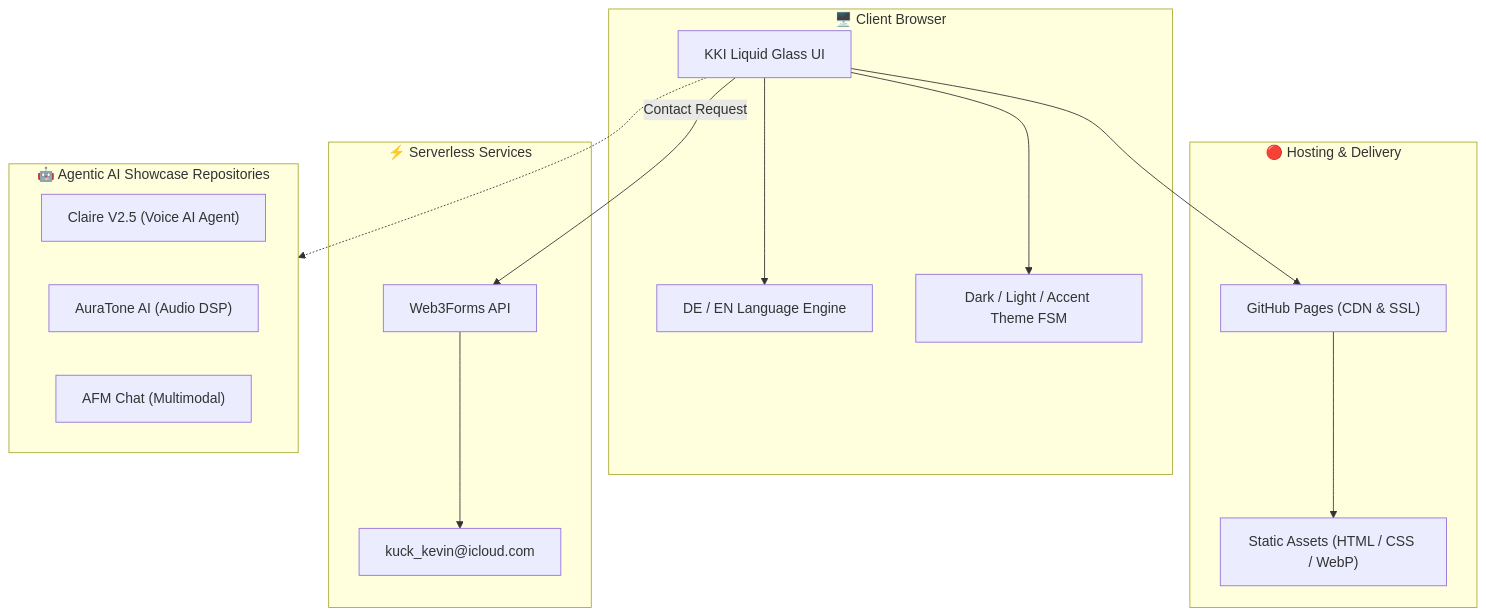
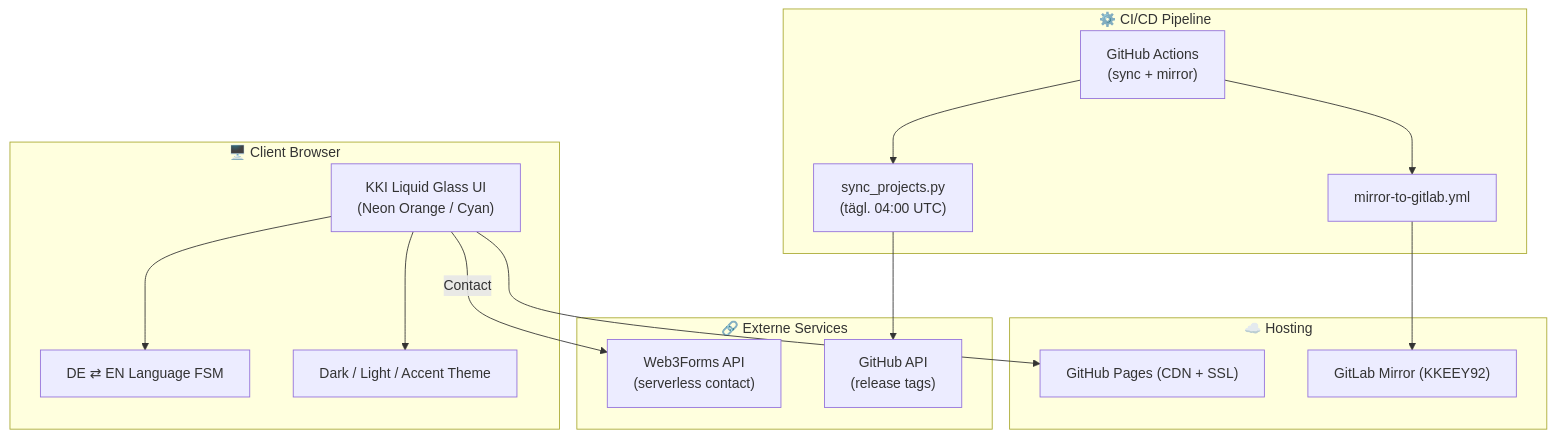
Before and after one commit to KKEEY92/CV_KKEEY: the diagram in README.md, drawn with Mermaid. The commit also changed other lines of this file, not shown here.

First line of the commit message:
docs(README): professional KKI-standard README with skill matrix, project showcase & freelance contact

````diff
--- a/README.md
+++ b/README.md
@@ -47,30 +85,30 @@
 ```mermaid
 graph TD
     subgraph Client["🖥️ Client Browser"]
-        UI["KKI Liquid Glass UI"]
-        LANG["DE / EN Language Engine"]
-        THEME["Dark / Light / Accent Theme FSM"]
-    end
-    
-    subgraph Host["🔴 Hosting & Delivery"]
-        GH["GitHub Pages (CDN & SSL)"]
-        ASSETS["Static Assets (HTML / CSS / WebP)"]
+        UI["KKI Liquid Glass UI\n(Neon Orange / Cyan)"]
+        LANG["DE ⇄ EN Language FSM"]
+        THEME["Dark / Light / Accent Theme"]
     end
 
-    subgraph Service["⚡ Serverless Services"]
-        W3F["Web3Forms API"]
-        MAIL["kuck_kevin@icloud.com"]
+    subgraph CI["⚙️ CI/CD Pipeline"]
+        GHA["GitHub Actions\n(sync + mirror)"]
+        SYNC["sync_projects.py\n(tägl. 04:00 UTC)"]
+        MIRROR["mirror-to-gitlab.yml"]
     end
 
-    subgraph Showcase["🤖 Agentic AI Showcase Repositories"]
-        CLAIRE["Claire V2.5 (Voice AI Agent)"]
-        AURA["AuraTone AI (Audio DSP)"]
-        AFM["AFM Chat (Multimodal)"]
+    subgraph Host["☁️ Hosting"]
+        GHP["GitHub Pages (CDN + SSL)"]
+        GL["GitLab Mirror (KKEEY92)"]
     end
 
-    UI --> GH
-    GH --> ASSETS
+    subgraph Ext["🔗 Externe Services"]
+        W3F["Web3Forms API\n(serverless contact)"]
+        GH_API["GitHub API\n(release tags)"]
+    end
+
+    UI --> GHP
+    GHA --> SYNC --> GH_API
+    GHA --> MIRROR --> GL
     UI --> LANG & THEME
-    UI -->|Contact Request| W3F --> MAIL
-    UI -.-> Showcase
+    UI -->|Contact| W3F
 ```
````
